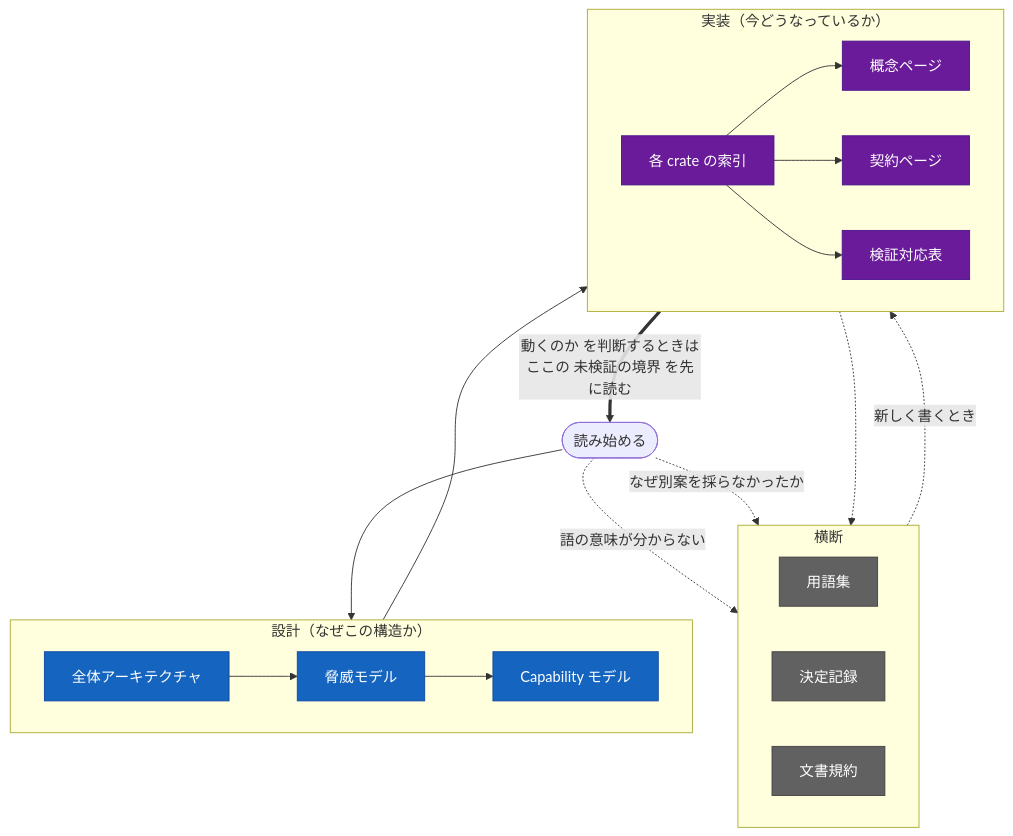
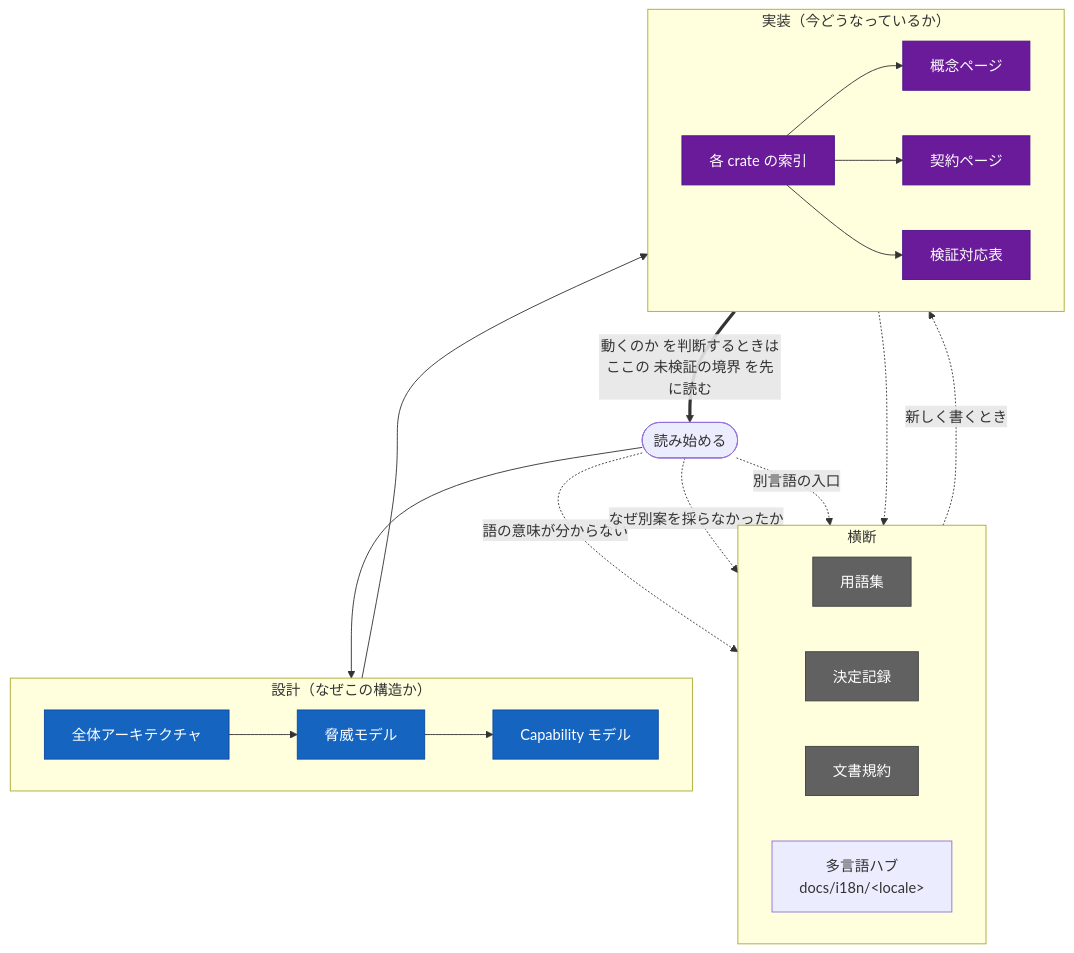
One commit to Aqua-218/SecCamp-AIAgent changed the diagram in docs/README.md. Above: the diagram before and after it, drawn with Mermaid. The commit also changed other lines of this file, not shown here.

````diff
--- a/docs/README.md
+++ b/docs/README.md
@@ -13,46 +13,48 @@
 ```mermaid
 flowchart TB
     start(["読み始める"])
 
     subgraph cross["横断"]
         direction LR
         gloss["用語集"]
         adr["決定記録"]
         conv["文書規約"]
+        i18n["多言語ハブ<br/>docs/i18n/&lt;locale&gt;"]
     end
 
     subgraph design["設計（なぜこの構造か）"]
         direction LR
         arch["全体アーキテクチャ"]
         threat["脅威モデル"]
         model["Capability モデル"]
     end
 
     subgraph impl["実装（今どうなっているか）"]
         direction LR
         idx["各 crate の索引"]
         concept["概念ページ"]
         contract["契約ページ"]
         verif["検証対応表"]
     end
 
     start --> arch
     arch --> threat
     threat --> model
     model --> idx
     idx --> concept
     idx --> contract
     idx --> verif
     start -.->|"語の意味が分からない"| gloss
     start -.->|"なぜ別案を採らなかったか"| adr
+    start -.->|"別言語の入口"| i18n
     concept -.-> adr
     verif ==>|"動くのか を判断するときは<br/>ここの 未検証の境界 を先に読む"| start
     conv -.->|"新しく書くとき"| impl
 
     classDef host fill:#1565c0,color:#fff,stroke:#0d47a1;
     classDef seam fill:#6a1b9a,color:#fff,stroke:#4a148c;
     classDef external fill:#616161,color:#fff,stroke:#424242;
     class arch,threat,model host;
     class idx,concept,contract,verif seam;
     class gloss,adr,conv external;
 ```
````
